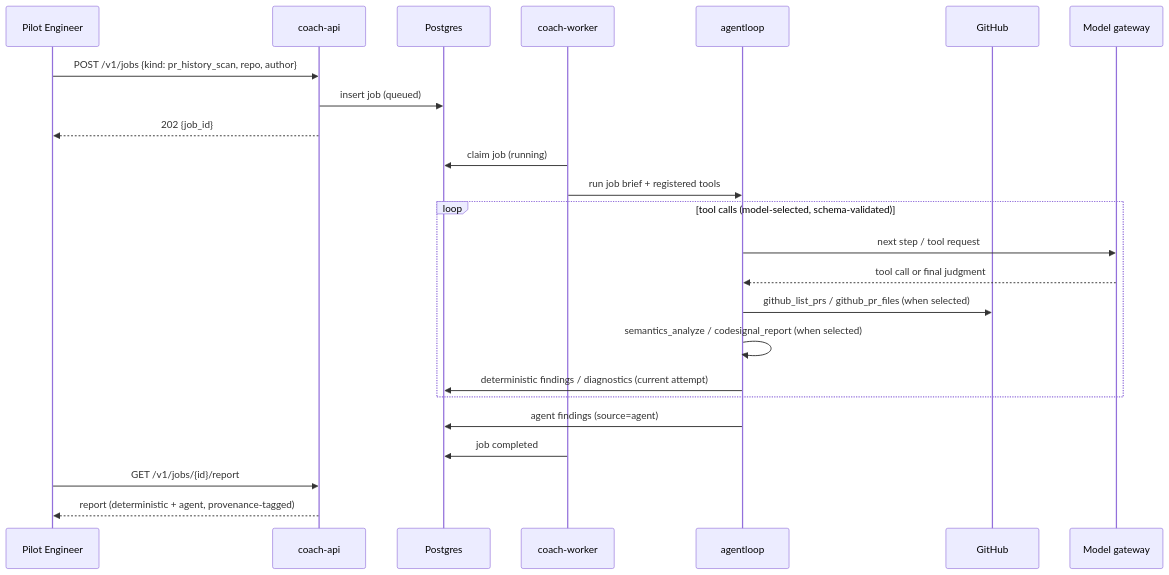
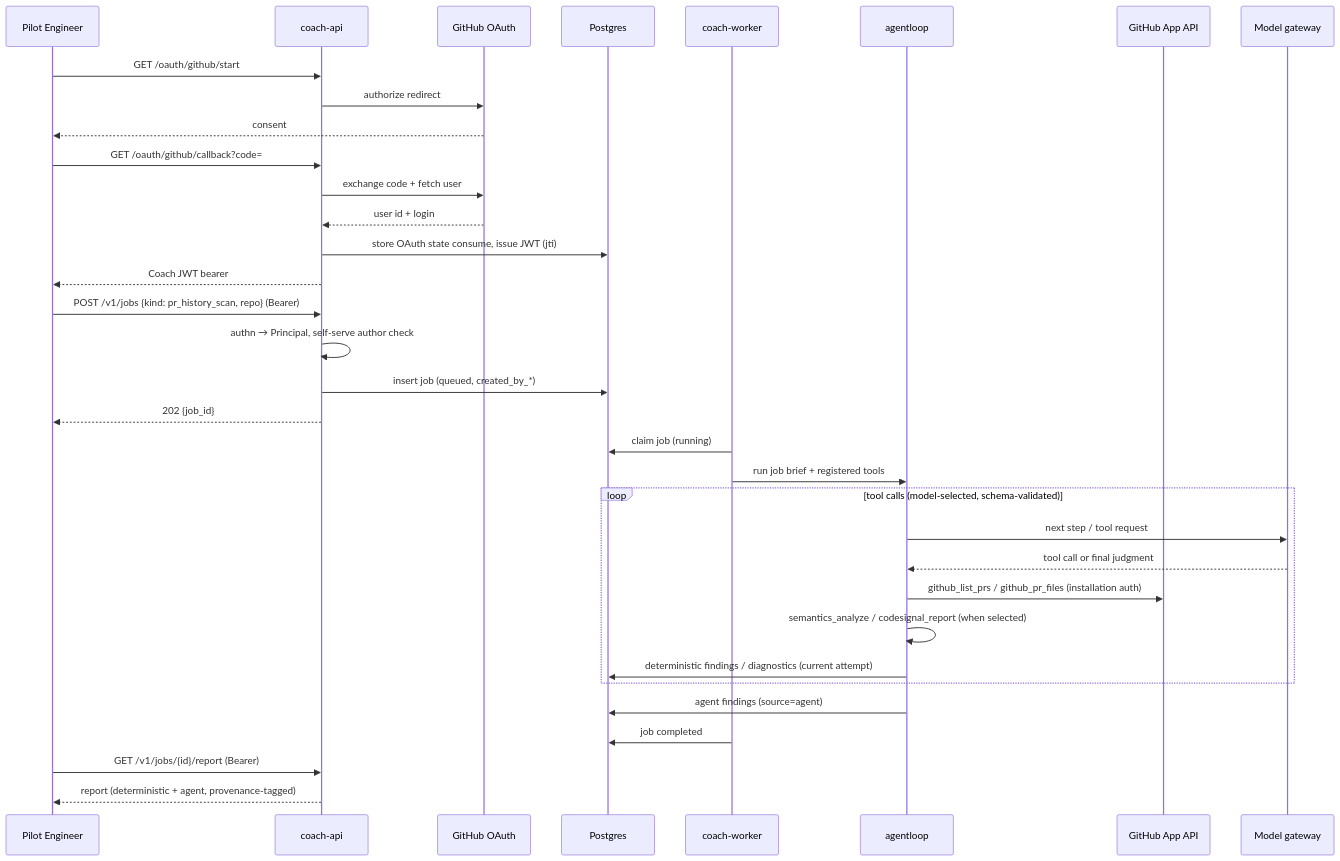
The third of 3 diagrams in .github/specs/coach-api-platform-groundwork.spec.md (lousy-agents/coach), drawn with Mermaid before and after one commit. The commit also changed other lines of this file and 14 other files, not shown here.

````diff
--- a/.github/specs/coach-api-platform-groundwork.spec.md
+++ b/.github/specs/coach-api-platform-groundwork.spec.md
@@ -182,26 +275,36 @@
 ```mermaid
 sequenceDiagram
     participant E as Pilot Engineer
     participant A as coach-api
+    participant GH as GitHub OAuth
     participant P as Postgres
     participant W as coach-worker
     participant L as agentloop
-    participant G as GitHub
+    participant G as GitHub App API
     participant M as Model gateway
-    E->>A: POST /v1/jobs {kind: pr_history_scan, repo, author}
-    A->>P: insert job (queued)
+    E->>A: GET /oauth/github/start
+    A->>GH: authorize redirect
+    GH-->>E: consent
+    E->>A: GET /oauth/github/callback?code=
+    A->>GH: exchange code + fetch user
+    GH-->>A: user id + login
+    A->>P: store OAuth state consume, issue JWT (jti)
+    A-->>E: Coach JWT bearer
+    E->>A: POST /v1/jobs {kind: pr_history_scan, repo} (Bearer)
+    A->>A: authn → Principal, self-serve author check
+    A->>P: insert job (queued, created_by_*)
     A-->>E: 202 {job_id}
     W->>P: claim job (running)
     W->>L: run job brief + registered tools
     loop tool calls (model-selected, schema-validated)
         L->>M: next step / tool request
         M-->>L: tool call or final judgment
-        L->>G: github_list_prs / github_pr_files (when selected)
+        L->>G: github_list_prs / github_pr_files (installation auth)
         L->>L: semantics_analyze / codesignal_report (when selected)
         L->>P: deterministic findings / diagnostics (current attempt)
     end
     L->>P: agent findings (source=agent)
     W->>P: job completed
-    E->>A: GET /v1/jobs/{id}/report
+    E->>A: GET /v1/jobs/{id}/report (Bearer)
     A-->>E: report (deterministic + agent, provenance-tagged)
 ```
````
